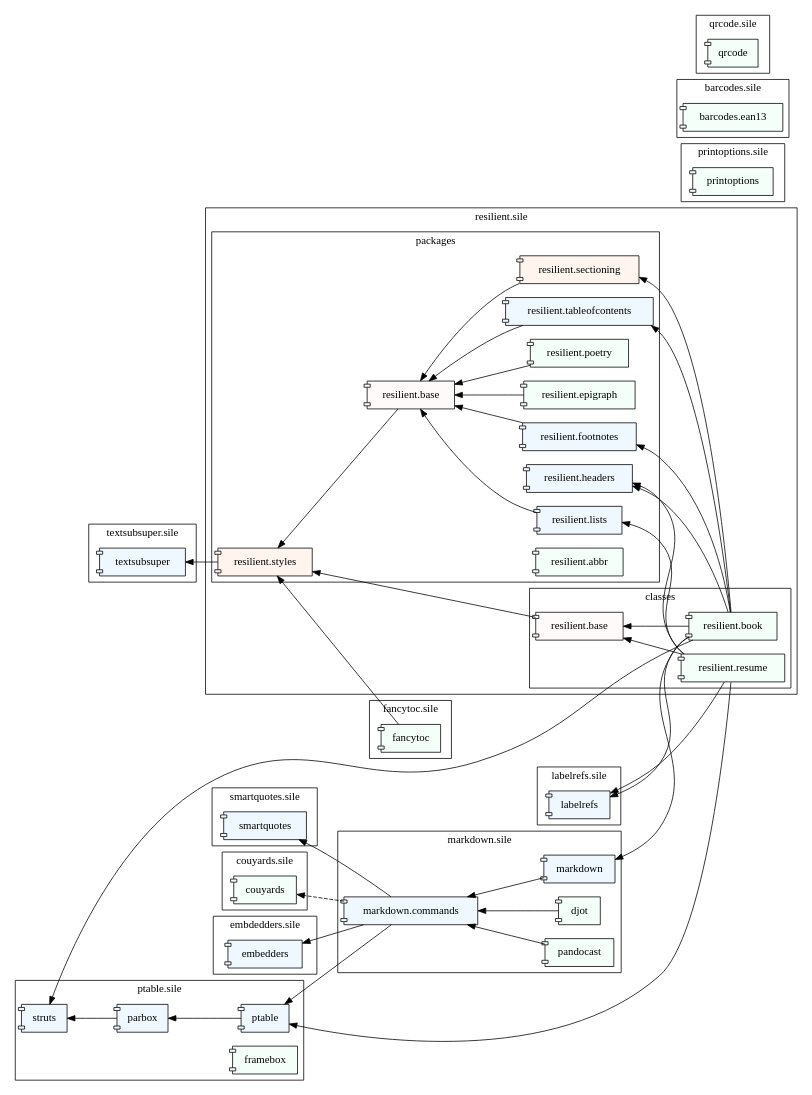
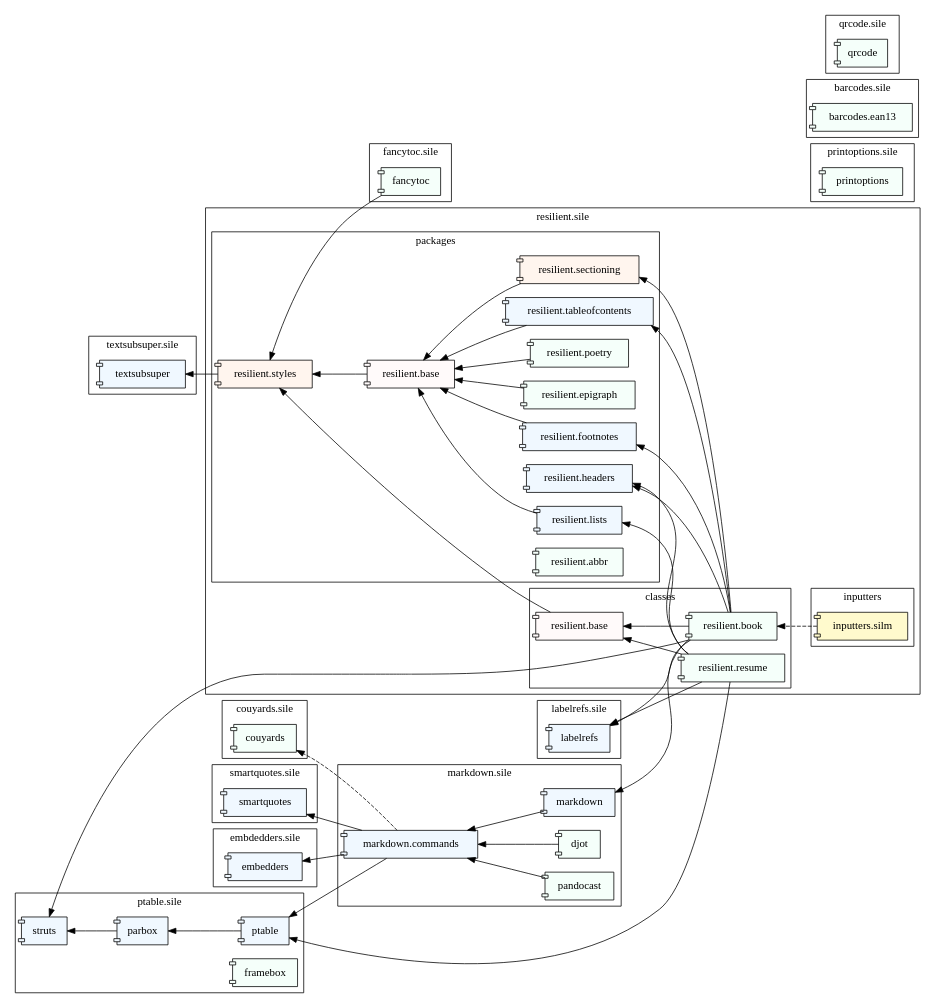
The diagram in examples/resilient-ecosystem.dot (Omikhleia/resilient.sile), drawn with Graphviz before and after one commit. The commit also changed 6 other files, not shown here.

```diff
--- a/examples/resilient-ecosystem.dot
+++ b/examples/resilient-ecosystem.dot
@@ -1,147 +1,153 @@
 digraph omikhleia {
   rankdir=RL;
 
   subgraph cluster_embedders {
     label = "embdedders.sile";
 
     embedders [shape=component,style=filled,fillcolor=aliceblue]
   }
 
   subgraph cluster_ptable {
     label = "ptable.sile";
 
     ptable [shape=component,style=filled,fillcolor=aliceblue]
     parbox [shape=component,style=filled,fillcolor=aliceblue]
     struts [shape=component,style=filled,fillcolor=aliceblue]
 
     framebox [shape=component,style=filled,fillcolor=mintcream]
 
     ptable -> parbox
     parbox -> struts
   }
 
   subgraph cluster_textsubsuper {
     label = "textsubsuper.sile";
 
     textsubsuper [shape=component,style=filled,fillcolor=aliceblue]
   }
 
   subgraph cluster_labelrefs {
     label = "labelrefs.sile";
 
     labelrefs [shape=component,style=filled,fillcolor=aliceblue]
   }
 
   subgraph cluster_resilient {
     label = "resilient.sile";
 
     subgraph cluster_resilient_cls {
       label = "classes";
 
       cbase [shape=component,style=filled,fillcolor=snow,label="resilient.base"]
       book [shape=component,style=filled,fillcolor=mintcream,label="resilient.book"]
       resume [shape=component,style=filled,fillcolor=mintcream,label="resilient.resume"]
 
       book -> cbase
       resume -> cbase
     }
     subgraph cluster_resilient_pkg {
       label = "packages";
 
       pbase [shape=component,style=filled,fillcolor=snow,label="resilient.base"]
 
       tableofcontents [shape=component,style=filled,fillcolor=aliceblue,label="resilient.tableofcontents"]
       footnotes [shape=component,style=filled,fillcolor=aliceblue,label="resilient.footnotes"]
       headers [shape=component,style=filled,fillcolor=aliceblue,label="resilient.headers"]
 
       sectioning [shape=component,style=filled,fillcolor=seashell,label="resilient.sectioning"]
       styles [shape=component,style=filled,fillcolor=seashell,label="resilient.styles"]
 
       lists [shape=component,style=filled,fillcolor=aliceblue,label="resilient.lists"]
 
       poetry [shape=component,style=filled,fillcolor=mintcream,label="resilient.poetry"]
       epigraph [shape=component,style=filled,fillcolor=mintcream,label="resilient.epigraph"]
       abbr [shape=component,style=filled,fillcolor=mintcream,label="resilient.abbr"]
 
       cbase -> styles
       pbase -> styles
       styles -> textsubsuper
 
       book -> tableofcontents
       book -> footnotes
       book -> headers
       book -> sectioning
       book -> labelrefs
       book -> struts
 
       resume -> lists
       resume -> headers
       resume -> ptable
       resume -> labelrefs
 
       epigraph -> pbase
       footnotes -> pbase
       lists -> pbase
       poetry -> pbase
       sectioning -> pbase
       tableofcontents ->pbase
     }
+    subgraph cluster_resilient_ins {
+      label = "inputters";
+
+      silm [shape=component,style=filled,fillcolor=lemonchiffon,label="inputters.silm"]
+      silm -> book [style=dashed]
+    }
 
   }
 
   subgraph cluster_smartquotes {
     label = "smartquotes.sile";
 
     smartquotes [shape=component,style=filled,fillcolor=aliceblue]
   }
 
   subgraph cluster_markdown {
     label = "markdown.sile";
 
     markdown [shape=component,style=filled,fillcolor=aliceblue]
     djot [shape=component,style=filled,fillcolor=mintcream]
     pandocast [shape=component,style=filled,fillcolor=mintcream]
     markcmd [shape=component,style=filled,fillcolor=aliceblue,label="markdown.commands"]
 
     markdown -> markcmd
     djot -> markcmd
     pandocast -> markcmd
 
     book -> markdown
     markcmd -> ptable
     markcmd -> embedders
     markcmd -> smartquotes
   }
 
   subgraph cluster_printoptions {
     label = "printoptions.sile";
 
     printoptions [shape=component,style=filled,fillcolor=mintcream]
   }
 
   subgraph cluster_fancytoc {
     label = "fancytoc.sile";
 
     fancytoc [shape=component,style=filled,fillcolor=mintcream]
     fancytoc -> styles
   }
 
   subgraph cluster_couyards {
     label = "couyards.sile";
 
     couyards [shape=component,style=filled,fillcolor=mintcream]
     markcmd -> couyards [style=dashed]
   }
 
   subgraph cluster_barcodes {
     label = "barcodes.sile";
 
     barcodes [shape=component,style=filled,fillcolor=mintcream,label="barcodes.ean13"]
   }
 
   subgraph cluster_qrcode {
     label = "qrcode.sile";
 
     qrcode [shape=component,style=filled,fillcolor=mintcream]
   }
 }
```
